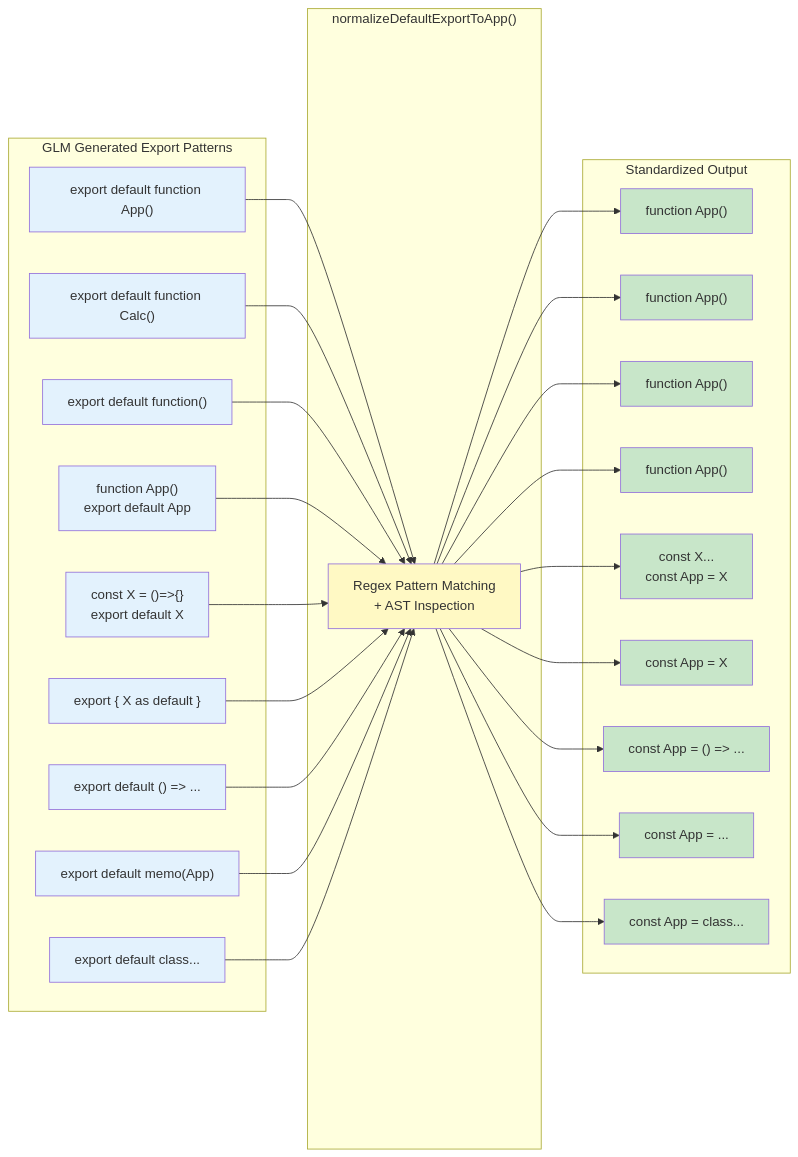
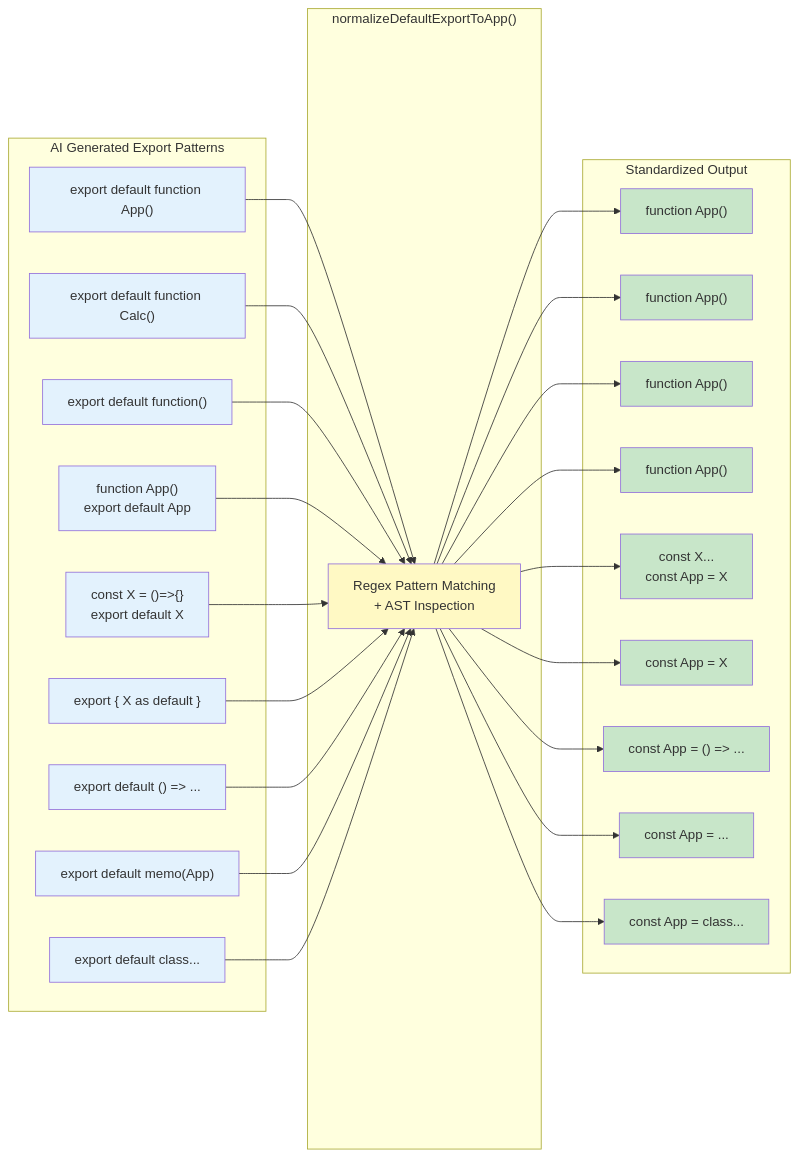
Before and after one commit to NickB03/vana: the third of 5 diagrams in .claude/DIAGRAMS.md, drawn with Mermaid. The commit also changed other lines of this file and 84 other files, not shown here.

````diff
--- a/.claude/DIAGRAMS.md
+++ b/.claude/DIAGRAMS.md
@@ -145,70 +145,70 @@
 ```mermaid
 flowchart LR
-    subgraph Input["GLM Generated Export Patterns"]
+    subgraph Input["AI Generated Export Patterns"]
         I1["export default function App()"]
         I2["export default function Calc()"]
         I3["export default function()"]
         I4["function App()\nexport default App"]
         I5["const X = ()=&gt;{}\nexport default X"]
         I6["export { X as default }"]
         I7["export default () =&gt; ..."]
         I8["export default memo(App)"]
         I9["export default class..."]
     end
 
     subgraph Transform["normalizeDefaultExportToApp()"]
         T["Regex Pattern Matching<br/>+ AST Inspection"]
     end
 
     subgraph Output["Standardized Output"]
         O1["function App()"]
         O2["function App()"]
         O3["function App()"]
         O4["function App()"]
         O5["const X...\nconst App = X"]
         O6["const App = X"]
         O7["const App = () =&gt; ..."]
         O8["const App = ..."]
         O9["const App = class..."]
     end
 
     I1 --> T
     I2 --> T
     I3 --> T
     I4 --> T
     I5 --> T
     I6 --> T
     I7 --> T
     I8 --> T
     I9 --> T
 
     T --> O1
     T --> O2
     T --> O3
     T --> O4
     T --> O5
     T --> O6
     T --> O7
     T --> O8
     T --> O9
 
     style I1 fill:#e3f2fd
     style I2 fill:#e3f2fd
     style I3 fill:#e3f2fd
     style I4 fill:#e3f2fd
     style I5 fill:#e3f2fd
     style I6 fill:#e3f2fd
     style I7 fill:#e3f2fd
     style I8 fill:#e3f2fd
     style I9 fill:#e3f2fd
     style T fill:#fff9c4
     style O1 fill:#c8e6c9
     style O2 fill:#c8e6c9
     style O3 fill:#c8e6c9
     style O4 fill:#c8e6c9
     style O5 fill:#c8e6c9
     style O6 fill:#c8e6c9
     style O7 fill:#c8e6c9
     style O8 fill:#c8e6c9
     style O9 fill:#c8e6c9
 ```
````
